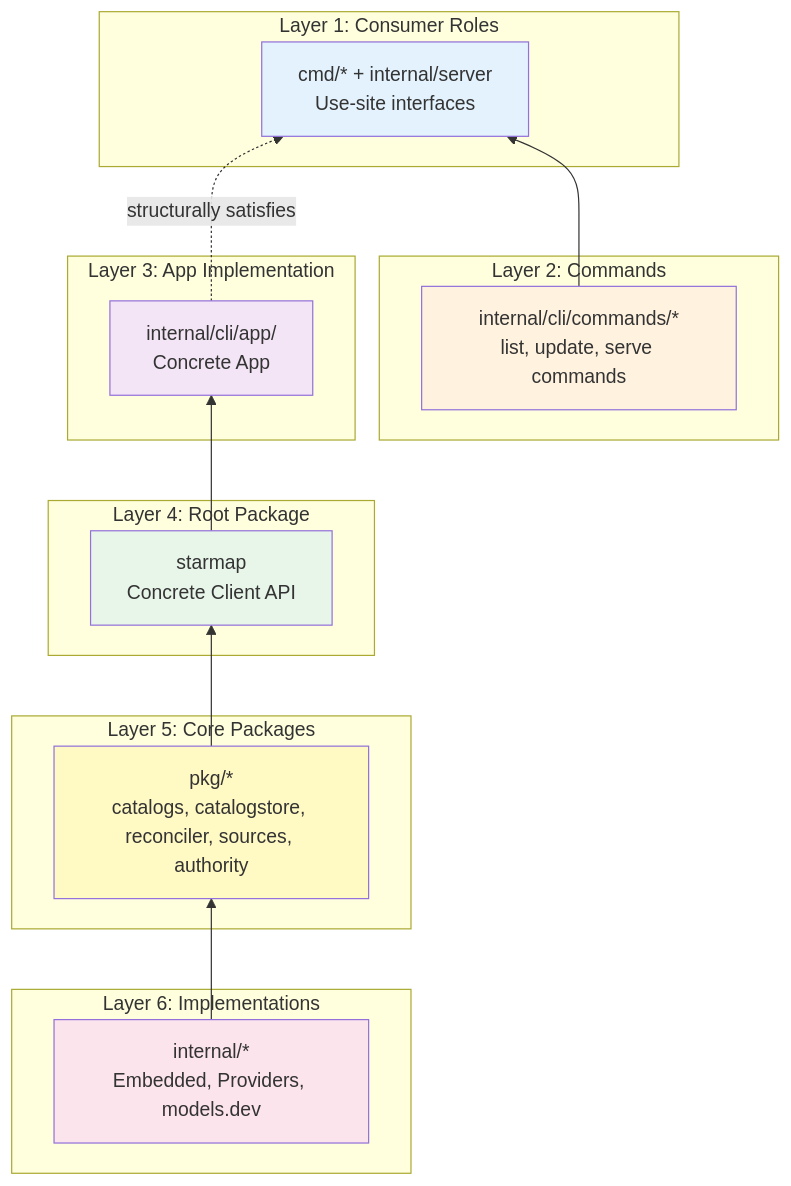
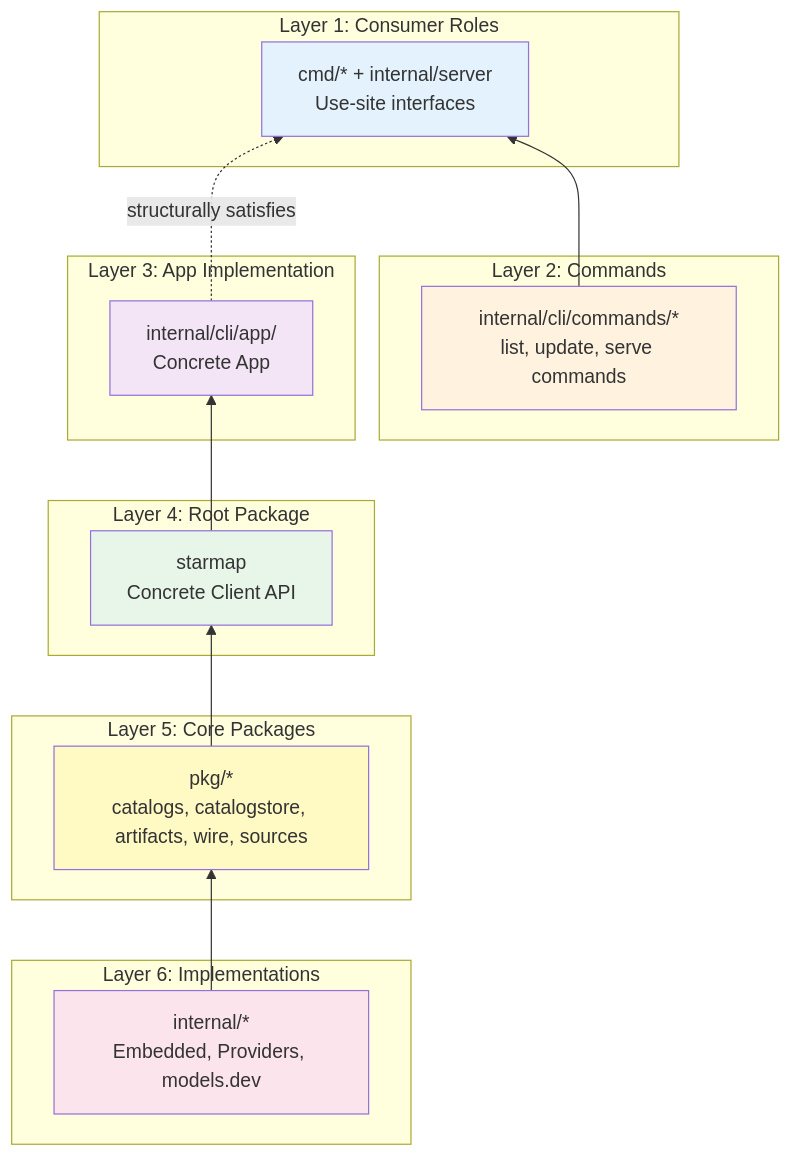
One commit to agentstation/starmap changed the eighth of 8 diagrams in docs/ARCHITECTURE.md. Above: the diagram before and after it, drawn with Mermaid. The commit also changed other lines of this file and 449 other files, not shown here.

````diff
--- a/docs/ARCHITECTURE.md
+++ b/docs/ARCHITECTURE.md
@@ -2067,39 +2056,39 @@
 ```mermaid
 graph BT
     subgraph "Layer 6: Implementations"
         INT[internal/*<br/>Embedded, Providers, models.dev]
     end
 
     subgraph "Layer 5: Core Packages"
-        PKG[pkg/*<br/>catalogs, catalogstore, reconciler, sources, authority]
+        PKG[pkg/*<br/>catalogs, catalogstore, artifacts, wire, sources]
     end
 
     subgraph "Layer 4: Root Package"
         ROOT[starmap<br/>Concrete Client API]
     end
 
     subgraph "Layer 3: App Implementation"
         APPIMPL[internal/cli/app/<br/>Concrete App]
     end
 
     subgraph "Layer 2: Commands"
         CMDS[internal/cli/commands/*<br/>list, update, serve commands]
     end
 
     subgraph "Layer 1: Consumer Roles"
         APPIF[cmd/* + internal/server<br/>Use-site interfaces]
     end
 
     INT --> PKG
     PKG --> ROOT
     ROOT --> APPIMPL
     APPIMPL -.structurally satisfies.-> APPIF
     CMDS --> APPIF
 
     style APPIF fill:#e3f2fd
     style CMDS fill:#fff3e0
     style APPIMPL fill:#f3e5f5
     style ROOT fill:#e8f5e9
     style PKG fill:#fff9c4
     style INT fill:#fce4ec
 ```
````
